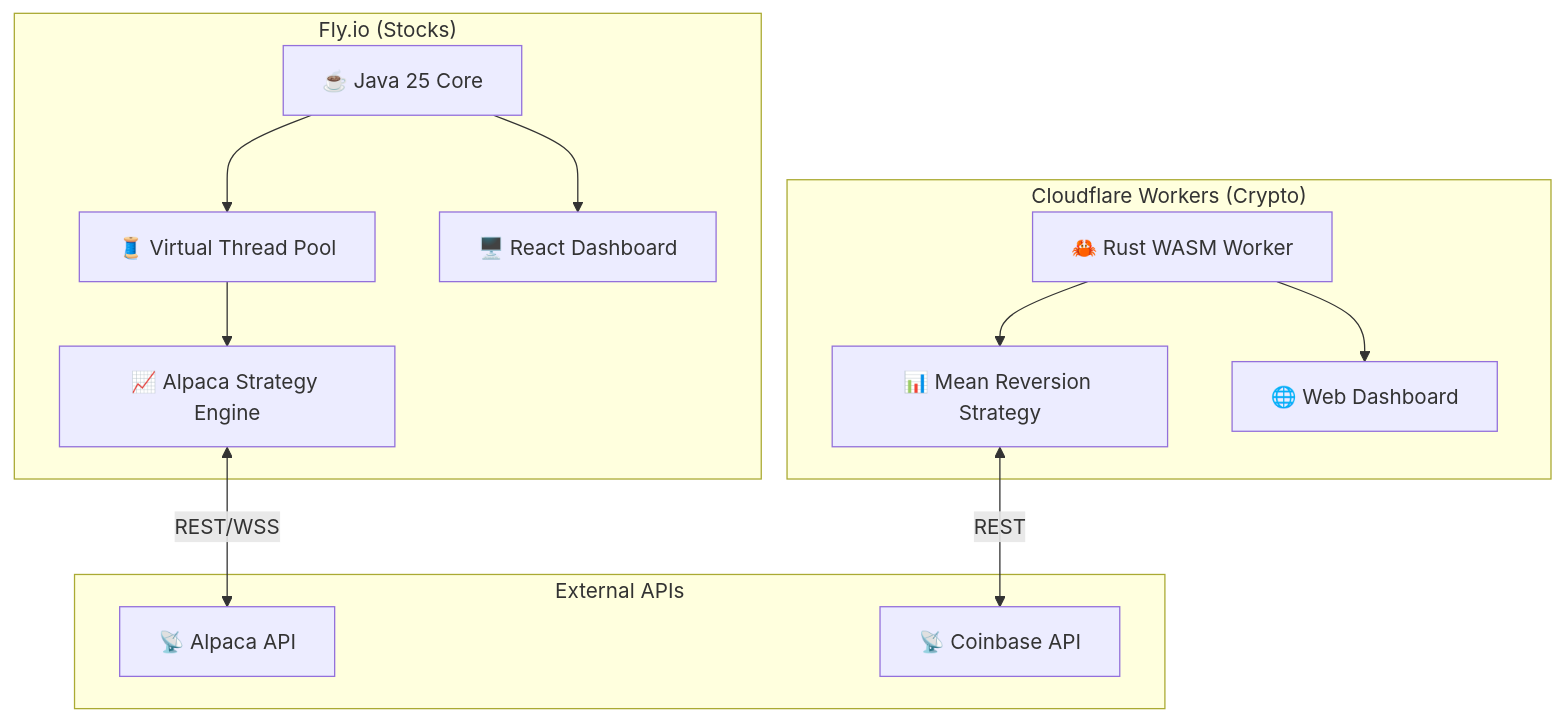
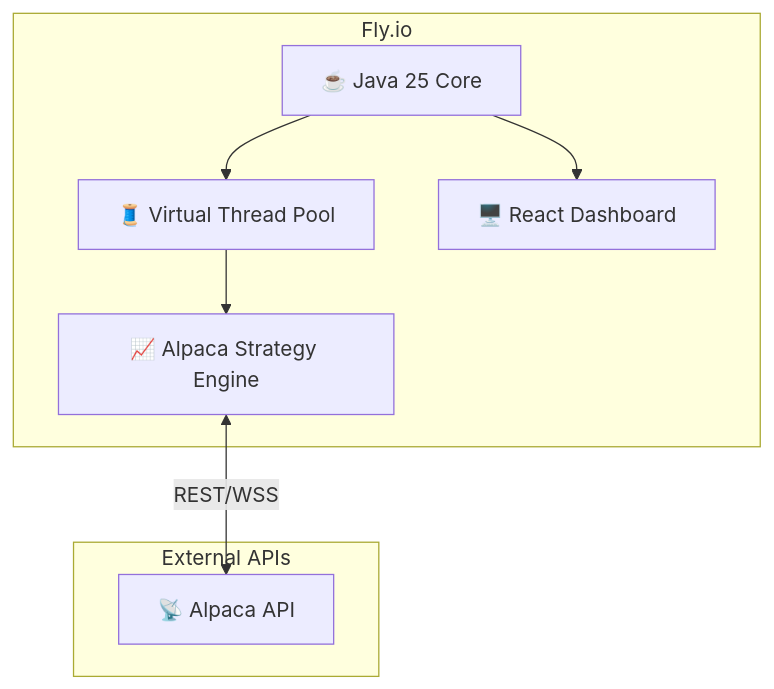
The diagram in README.md (ip888/algo-trading-platform), drawn with Mermaid before and after one commit. The commit also changed other lines of this file and 31 other files, not shown here.

First line of the commit message:
fix: Remove Coinbase/crypto code, fix duplicate trades and stop-loss churn

````diff
--- a/README.md
+++ b/README.md
@@ -26,30 +19,19 @@
 ```mermaid
 graph TD
-    subgraph "Fly.io (Stocks)"
+    subgraph "Fly.io"
         JavaCore["☕ Java 25 Core"]
         VirtualThreads["🧵 Virtual Thread Pool"]
         AlpacaStrategy["📈 Alpaca Strategy Engine"]
         Dashboard["🖥️ React Dashboard"]
-        
+
         JavaCore --> VirtualThreads
         VirtualThreads --> AlpacaStrategy
         JavaCore --> Dashboard
     end
 
-    subgraph "Cloudflare Workers (Crypto)"
-        RustWorker["🦀 Rust WASM Worker"]
-        CryptoStrategy["📊 Mean Reversion Strategy"]
-        WebUI["🌐 Web Dashboard"]
-        
-        RustWorker --> CryptoStrategy
-        RustWorker --> WebUI
-    end
-
     subgraph "External APIs"
         AlpacaAPI["📡 Alpaca API"]
-        CoinbaseAPI["📡 Coinbase API"]
     end
 
     AlpacaStrategy <-->|REST/WSS| AlpacaAPI
-    CryptoStrategy <-->|REST| CoinbaseAPI
 ```
````
